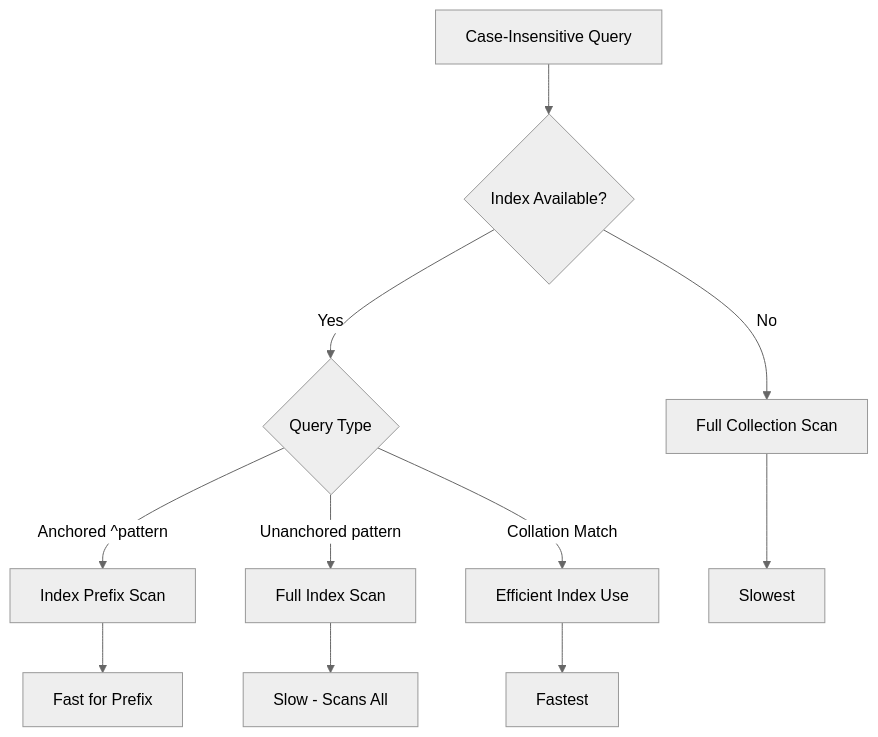
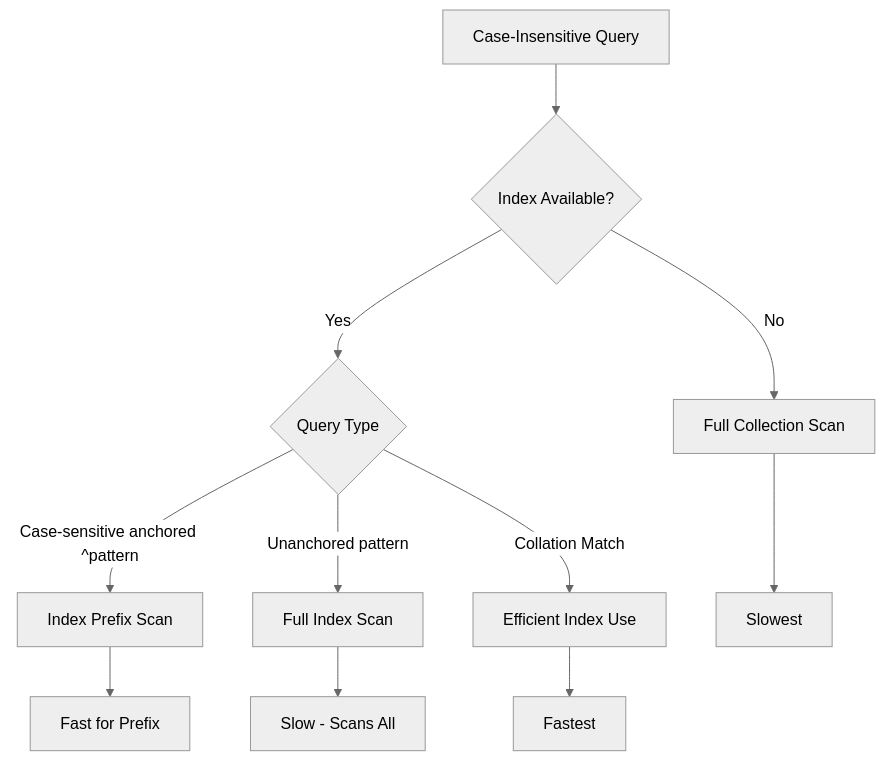
Before and after one commit to OneUptime/blog: the first of 2 diagrams in posts/2025-12-15-mongodb-case-insensitive-queries/README.md, drawn with Mermaid (neutral theme). The commit also changed other lines of this file and 2 other files, not shown here.

Commit message:
validate: 2025-12-15-mongodb-case-insensitive-queries

````diff
--- a/posts/2025-12-15-mongodb-case-insensitive-queries/README.md
+++ b/posts/2025-12-15-mongodb-case-insensitive-queries/README.md
@@ -55,14 +55,14 @@
 ```mermaid
 flowchart TD
     A[Case-Insensitive Query] --> B{Index Available?}
     B -->|No| C[Full Collection Scan]
     B -->|Yes| D{Query Type}
-    D -->|Anchored ^pattern| E[Index Prefix Scan]
+    D -->|Case-sensitive anchored ^pattern| E[Index Prefix Scan]
     D -->|Unanchored pattern| F[Full Index Scan]
     D -->|Collation Match| G[Efficient Index Use]
 
     C --> H[Slowest]
     E --> I[Fast for Prefix]
     F --> J[Slow - Scans All]
     G --> K[Fastest]
 ```
````
